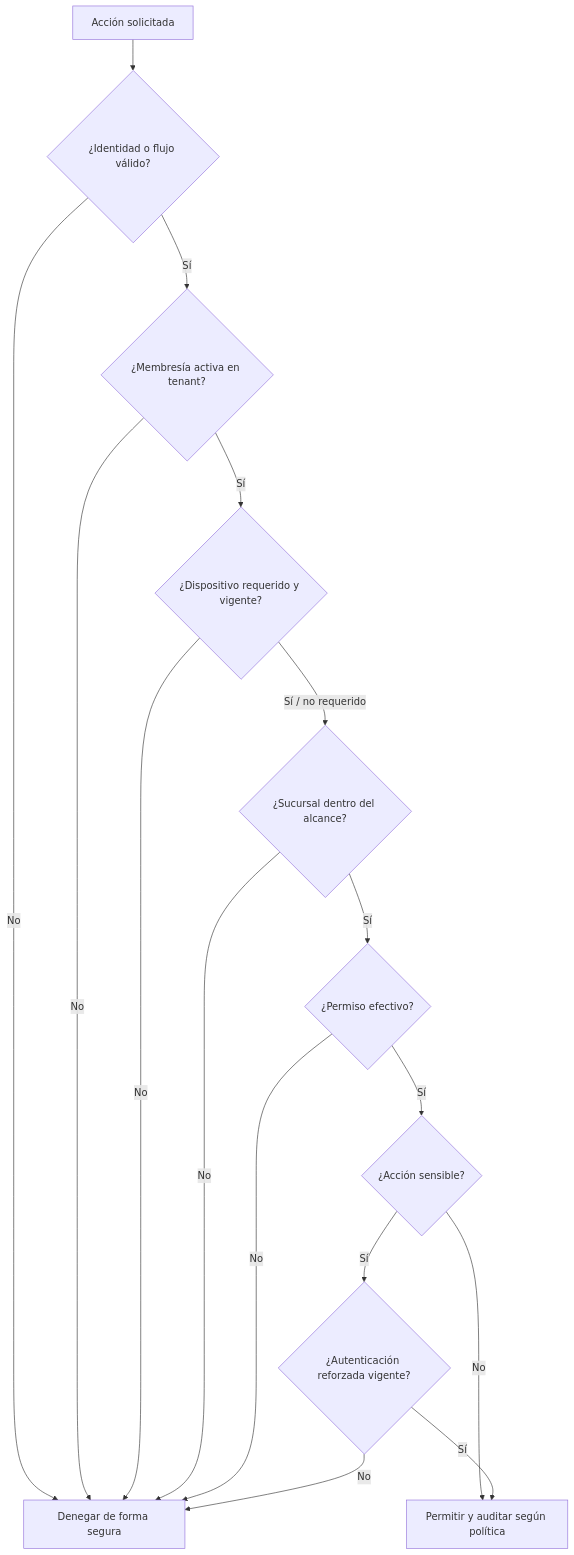
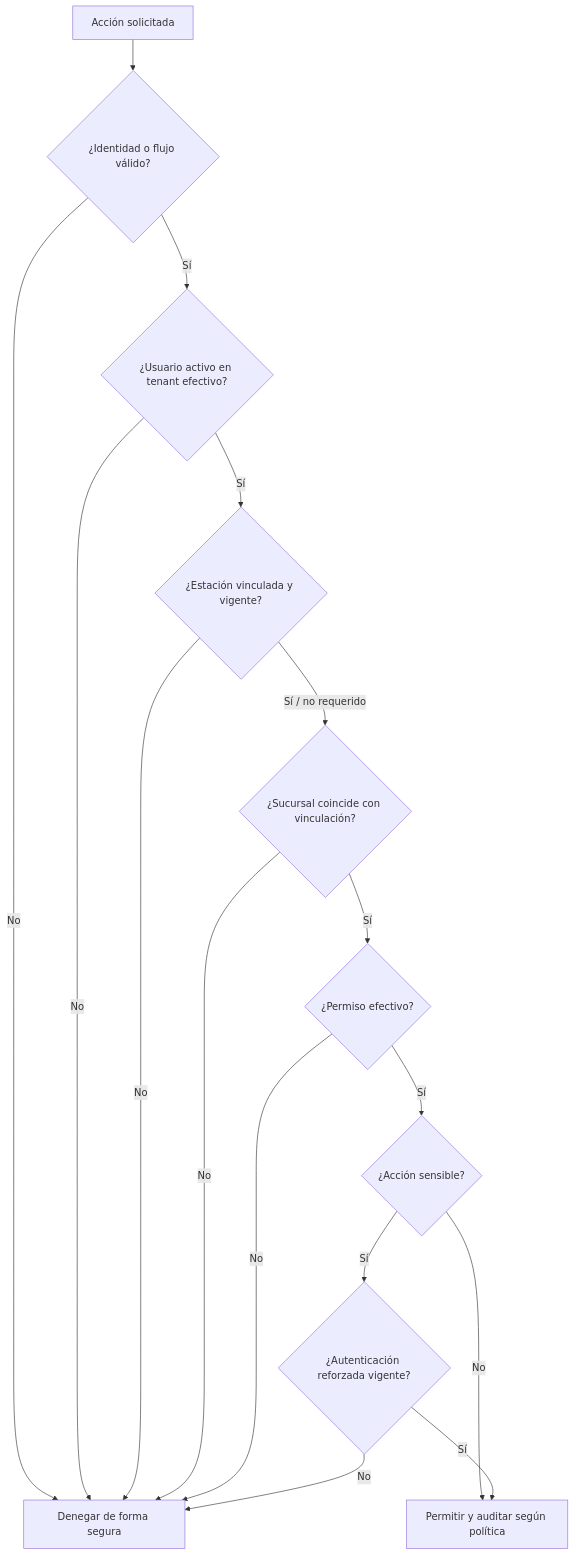
Before and after one commit to luisgtzaviles/SrTaller-2.0: the second of 2 diagrams in docs/architecture/IDENTITY_ACCESS_AND_PERMISSIONS.md, drawn with Mermaid. The commit also changed other lines of this file and 67 other files, not shown here.

````diff
--- a/docs/architecture/IDENTITY_ACCESS_AND_PERMISSIONS.md
+++ b/docs/architecture/IDENTITY_ACCESS_AND_PERMISSIONS.md
@@ -92,29 +83,29 @@
 ```mermaid
 flowchart TD
     Request[Acción solicitada]
     Auth{¿Identidad o flujo válido?}
-    Tenant{¿Membresía activa en tenant?}
-    Device{¿Dispositivo requerido y vigente?}
-    Branch{¿Sucursal dentro del alcance?}
+    Tenant{¿Usuario activo en tenant efectivo?}
+    Device{¿Estación vinculada y vigente?}
+    Branch{¿Sucursal coincide con vinculación?}
     Permission{¿Permiso efectivo?}
     StepUp{¿Acción sensible?}
     Strong{¿Autenticación reforzada vigente?}
     Allow[Permitir y auditar según política]
     Deny[Denegar de forma segura]
 
     Request --> Auth
     Auth -- No --> Deny
     Auth -- Sí --> Tenant
     Tenant -- No --> Deny
     Tenant -- Sí --> Device
     Device -- No --> Deny
     Device -- Sí / no requerido --> Branch
     Branch -- No --> Deny
     Branch -- Sí --> Permission
     Permission -- No --> Deny
     Permission -- Sí --> StepUp
     StepUp -- No --> Allow
     StepUp -- Sí --> Strong
     Strong -- No --> Deny
     Strong -- Sí --> Allow
 ```
````
